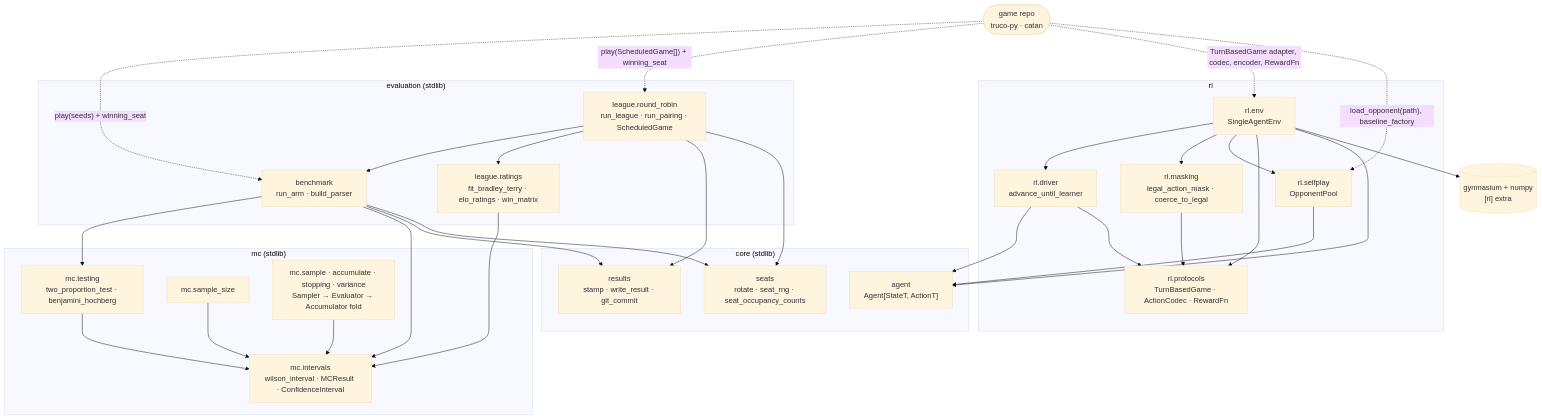
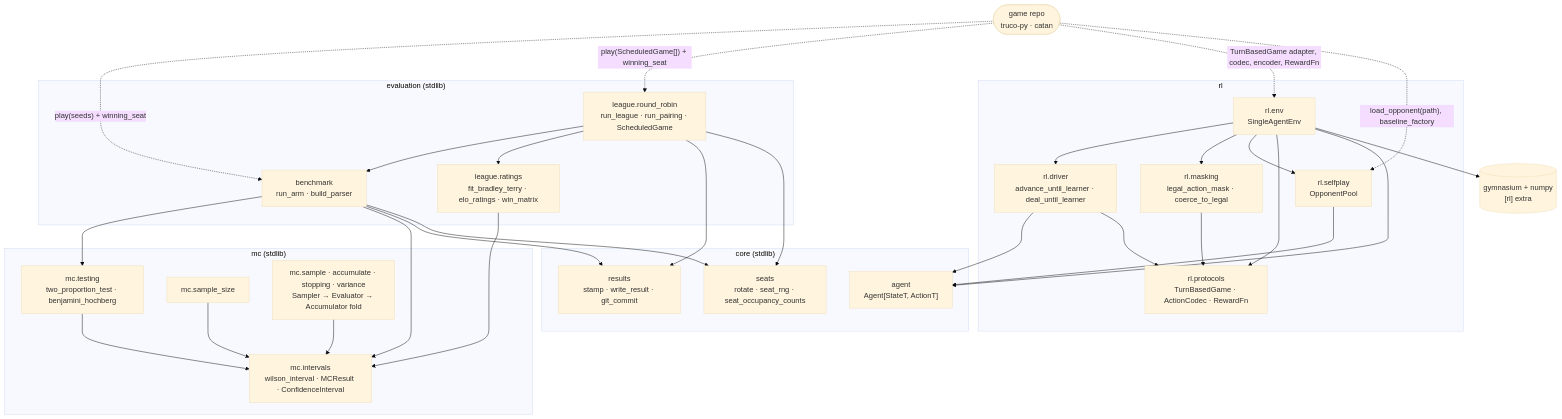
One commit to guidodinello/gamekit changed the diagram in README.md. Above: the diagram before and after it, drawn with Mermaid (base theme). The commit also changed other lines of this file and 7 other files, not shown here.

````diff
--- a/README.md
+++ b/README.md
@@ -68,60 +74,60 @@
 ```mermaid
 flowchart TB
     subgraph CORE["core (stdlib)"]
         agent["agent<br/>Agent[StateT, ActionT]"]
         seats["seats<br/>rotate · seat_rng · seat_occupancy_counts"]
         results["results<br/>stamp · write_result · git_commit"]
     end
 
     subgraph MC["mc (stdlib)"]
         intervals["mc.intervals<br/>wilson_interval · MCResult · ConfidenceInterval"]
         testing["mc.testing<br/>two_proportion_test · benjamini_hochberg"]
         sizes["mc.sample_size"]
         fold["mc.sample · accumulate · stopping · variance<br/>Sampler → Evaluator → Accumulator fold"]
     end
 
     subgraph EVAL["evaluation (stdlib)"]
         benchmark["benchmark<br/>run_arm · build_parser"]
         roundrobin["league.round_robin<br/>run_league · run_pairing · ScheduledGame"]
         ratings["league.ratings<br/>fit_bradley_terry · elo_ratings · win_matrix"]
     end
 
     subgraph RL["rl"]
         protocols["rl.protocols<br/>TurnBasedGame · ActionCodec · RewardFn"]
-        driver["rl.driver<br/>advance_until_learner"]
+        driver["rl.driver<br/>advance_until_learner · deal_until_learner"]
         masking["rl.masking<br/>legal_action_mask · coerce_to_legal"]
         selfplay["rl.selfplay<br/>OpponentPool"]
         env["rl.env<br/>SingleAgentEnv"]
     end
 
     gym[("gymnasium + numpy<br/>[rl] extra")]
     game(["game repo<br/>truco-py · catan"])
 
     testing --> intervals
     sizes --> intervals
     fold --> intervals
     benchmark --> testing
     benchmark --> intervals
     benchmark --> results
     benchmark --> seats
     roundrobin --> benchmark
     roundrobin --> ratings
     roundrobin --> results
     roundrobin --> seats
     ratings --> intervals
     driver --> agent
     driver --> protocols
     masking --> protocols
     selfplay --> agent
     env --> driver
     env --> masking
     env --> selfplay
     env --> protocols
     env --> agent
     env --> gym
 
     game -. "play(seeds) + winning_seat" .-> benchmark
     game -. "play(ScheduledGame[]) + winning_seat" .-> roundrobin
     game -. "TurnBasedGame adapter, codec, encoder, RewardFn" .-> env
     game -. "load_opponent(path), baseline_factory" .-> selfplay
 ```
````
